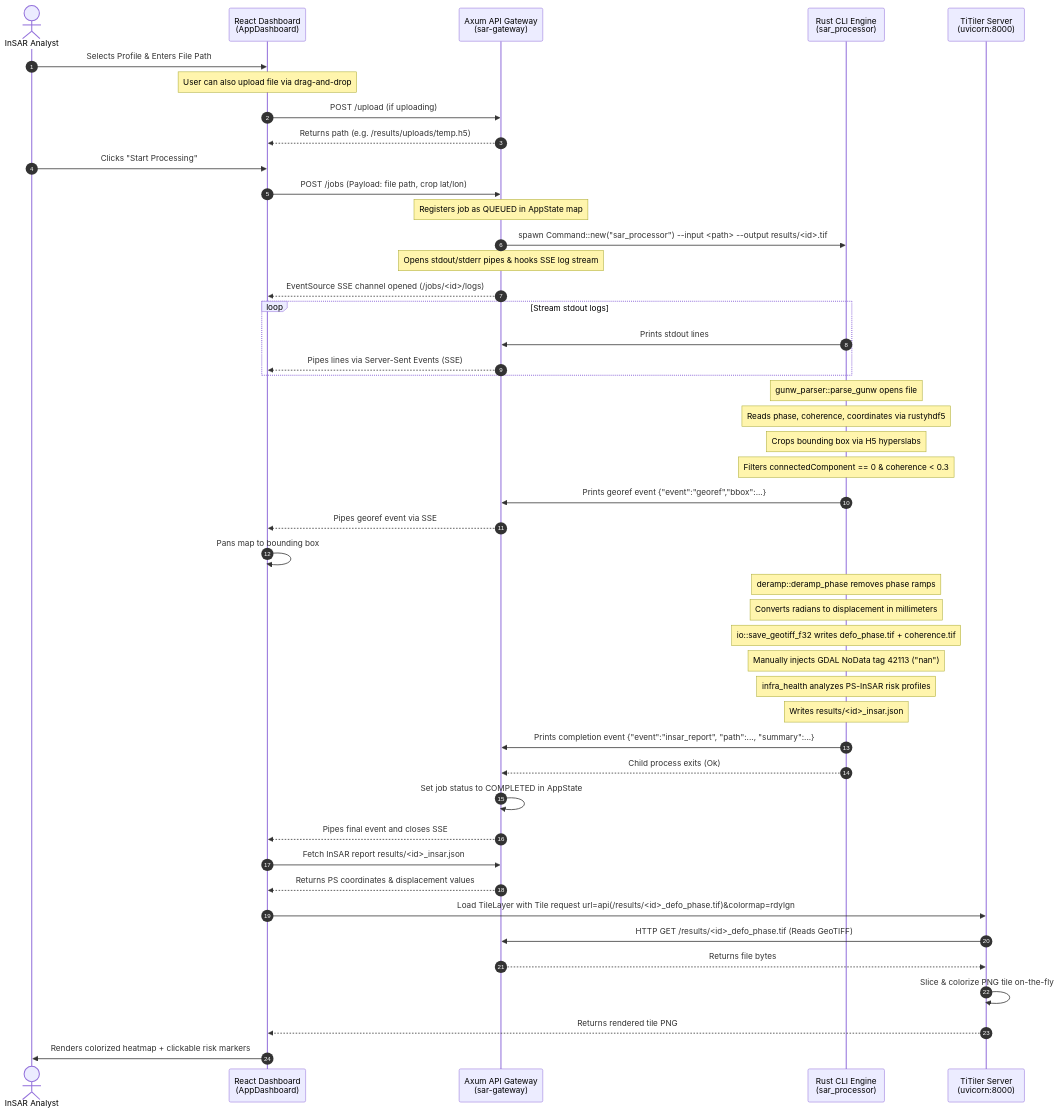
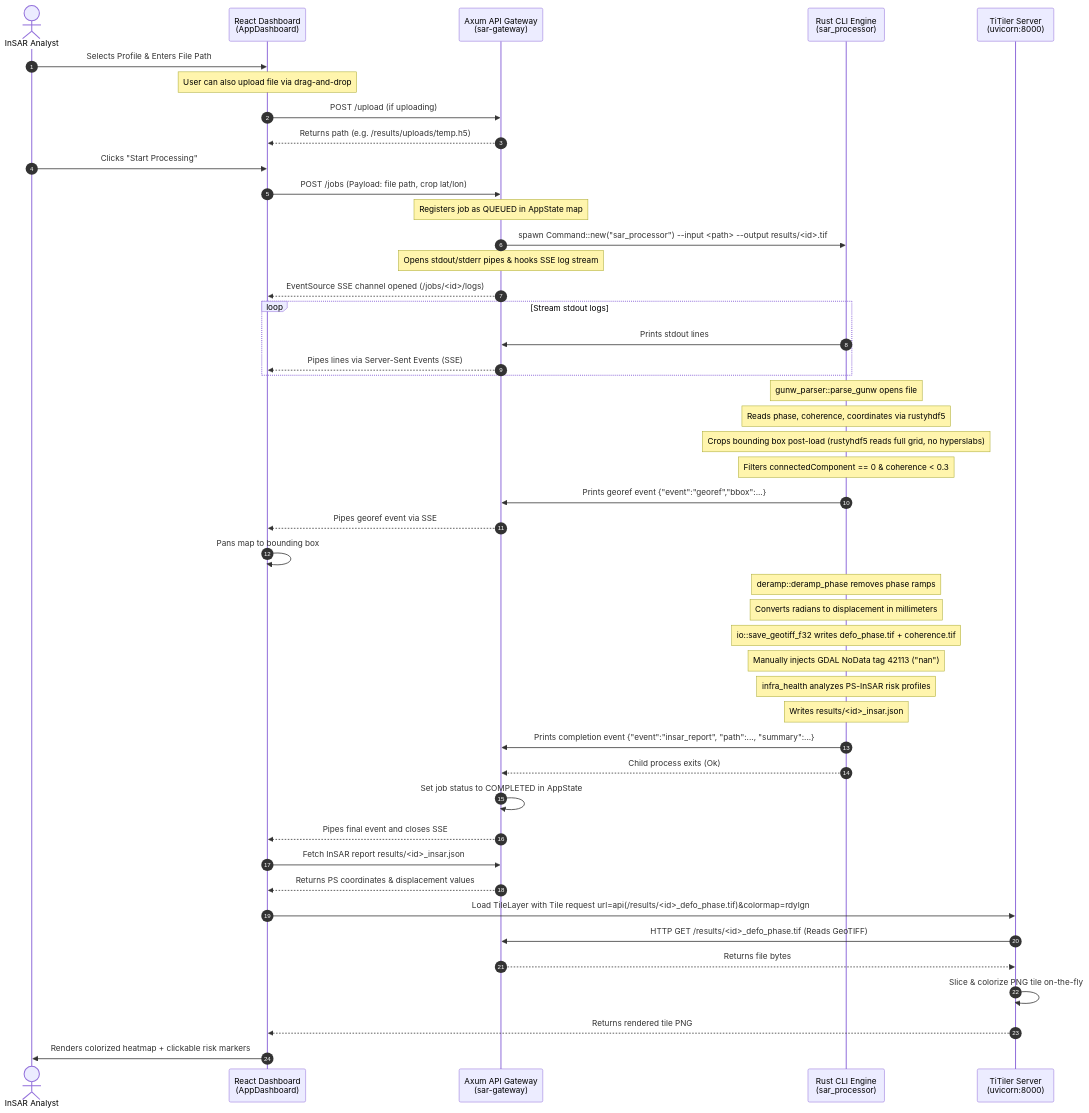
Before and after one commit to AdityaNarayanNayak-2/NISAR_PRO: the diagram in Docs/Architecture/gunw_data_flow.md, drawn with Mermaid. The commit also changed other lines of this file and 69 other files, not shown here.

````diff
--- a/Docs/Architecture/gunw_data_flow.md
+++ b/Docs/Architecture/gunw_data_flow.md
@@ -11,57 +11,57 @@
 ```mermaid
 sequenceDiagram
     autonumber
     actor User as InSAR Analyst
     participant UI as React Dashboard<br/>(AppDashboard)
     participant GW as Axum API Gateway<br/>(sar-gateway)
     participant CL as Rust CLI Engine<br/>(sar_processor)
     participant TT as TiTiler Server<br/>(uvicorn:8000)
 
     User->>UI: Selects Profile & Enters File Path
     Note over UI: User can also upload file via drag-and-drop
     UI->>GW: POST /upload (if uploading)
     GW-->>UI: Returns path (e.g. /results/uploads/temp.h5)
     
     User->>UI: Clicks "Start Processing"
     UI->>GW: POST /jobs (Payload: file path, crop lat/lon)
     Note over GW: Registers job as QUEUED in AppState map
     GW->>CL: spawn Command::new("sar_processor") --input <path> --output results/<id>.tif
     Note over GW: Opens stdout/stderr pipes & hooks SSE log stream
     GW-->>UI: EventSource SSE channel opened (/jobs/<id>/logs)
 
     loop Stream stdout logs
         CL->>GW: Prints stdout lines
         GW-->>UI: Pipes lines via Server-Sent Events (SSE)
     end
 
     Note over CL: gunw_parser::parse_gunw opens file
     Note over CL: Reads phase, coherence, coordinates via rustyhdf5
-    Note over CL: Crops bounding box via H5 hyperslabs
+    Note over CL: Crops bounding box post-load (rustyhdf5 reads full grid, no hyperslabs)
     Note over CL: Filters connectedComponent == 0 & coherence < 0.3
     
     CL->>GW: Prints georef event {"event":"georef","bbox":...}
     GW-->>UI: Pipes georef event via SSE
     UI->>UI: Pans map to bounding box
 
     Note over CL: deramp::deramp_phase removes phase ramps
     Note over CL: Converts radians to displacement in millimeters
     Note over CL: io::save_geotiff_f32 writes defo_phase.tif + coherence.tif
     Note over CL: Manually injects GDAL NoData tag 42113 ("nan")
     Note over CL: infra_health analyzes PS-InSAR risk profiles
     Note over CL: Writes results/<id>_insar.json
 
     CL->>GW: Prints completion event {"event":"insar_report", "path":..., "summary":...}
     CL-->>GW: Child process exits (Ok)
     GW->>GW: Set job status to COMPLETED in AppState
     GW-->>UI: Pipes final event and closes SSE
 
     UI->>GW: Fetch InSAR report results/<id>_insar.json
     GW-->>UI: Returns PS coordinates & displacement values
     
     UI->>TT: Load TileLayer with Tile request url=api(/results/<id>_defo_phase.tif)&colormap=rdylgn
     TT->>GW: HTTP GET /results/<id>_defo_phase.tif (Reads GeoTIFF)
     GW-->>TT: Returns file bytes
     TT->>TT: Slice & colorize PNG tile on-the-fly
     TT-->>UI: Returns rendered tile PNG
     UI->>User: Renders colorized heatmap + clickable risk markers
 ```
````
